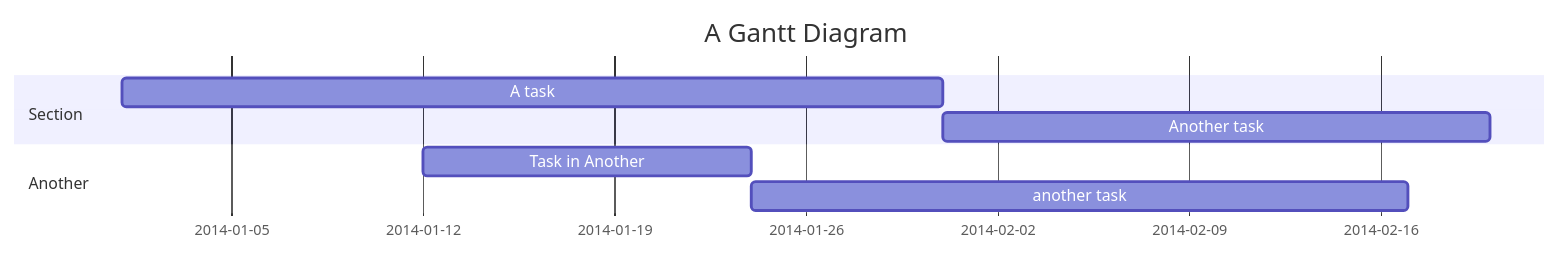
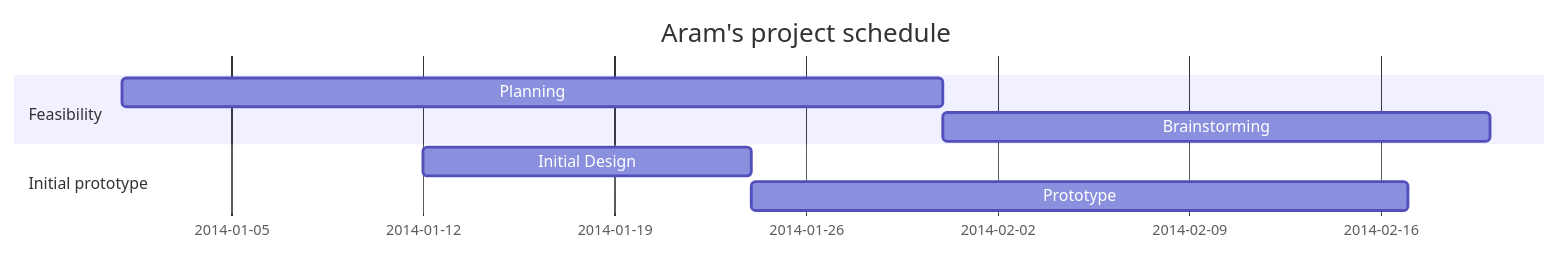
One commit to aramlee12/engdocu changed the second of 3 diagrams in readme.md. Above: the diagram before and after it, drawn with Mermaid. The commit also changed other lines of this file and 3 other files, not shown here.

````diff
--- a/readme.md
+++ b/readme.md
@@ -11,11 +14,11 @@
 ```mermaid
 gantt
-    title A Gantt Diagram
+    title Aram's project schedule
     dateFormat YYYY-MM-DD
-    section Section
-        A task          :a1, 2014-01-01, 30d
-        Another task    :after a1, 20d
-    section Another
-        Task in Another :2014-01-12, 12d
-        another task    :24d
+    section Feasibility
+        Planning          :a1, 2014-01-01, 30d
+        Brainstorming    :after a1, 20d
+    section Initial prototype
+        Initial Design :2014-01-12, 12d
+        Prototype    :24d
 ```
````
